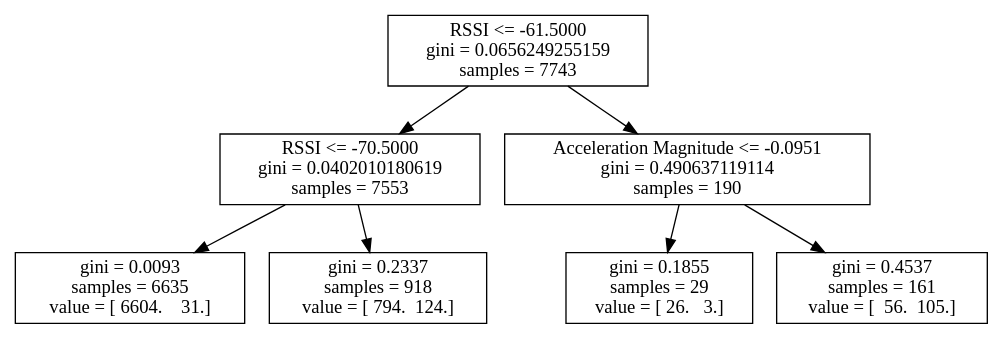
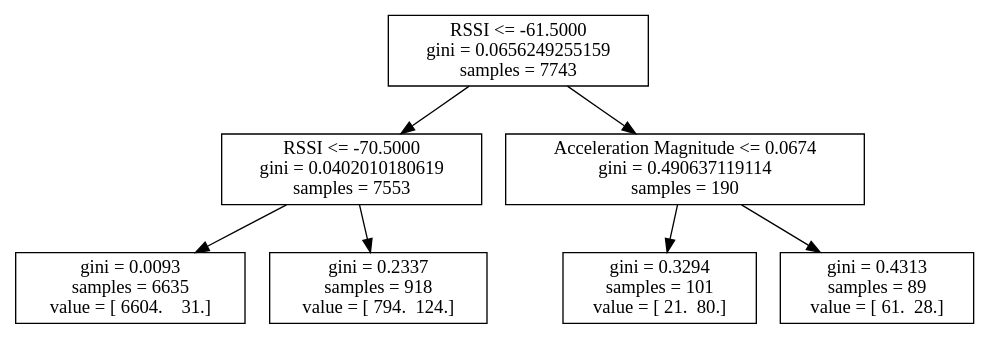
The diagram in logs/4_19/log17.dot (atitus5/6s062-Project), drawn with Graphviz before and after one commit. The commit also changed 72 other files, not shown here.

```diff
--- a/logs/4_19/log17.dot
+++ b/logs/4_19/log17.dot
@@ -1,15 +1,15 @@
 digraph Tree {
 0 [label="RSSI <= -61.5000\ngini = 0.0656249255159\nsamples = 7743", shape="box"] ;
 1 [label="RSSI <= -70.5000\ngini = 0.0402010180619\nsamples = 7553", shape="box"] ;
 0 -> 1 ;
 2 [label="gini = 0.0093\nsamples = 6635\nvalue = [ 6604.    31.]", shape="box"] ;
 1 -> 2 ;
 3 [label="gini = 0.2337\nsamples = 918\nvalue = [ 794.  124.]", shape="box"] ;
 1 -> 3 ;
-4 [label="Acceleration Magnitude <= -0.0951\ngini = 0.490637119114\nsamples = 190", shape="box"] ;
+4 [label="Acceleration Magnitude <= 0.0674\ngini = 0.490637119114\nsamples = 190", shape="box"] ;
 0 -> 4 ;
-5 [label="gini = 0.1855\nsamples = 29\nvalue = [ 26.   3.]", shape="box"] ;
+5 [label="gini = 0.3294\nsamples = 101\nvalue = [ 21.  80.]", shape="box"] ;
 4 -> 5 ;
-6 [label="gini = 0.4537\nsamples = 161\nvalue = [  56.  105.]", shape="box"] ;
+6 [label="gini = 0.4313\nsamples = 89\nvalue = [ 61.  28.]", shape="box"] ;
 4 -> 6 ;
 }
```
